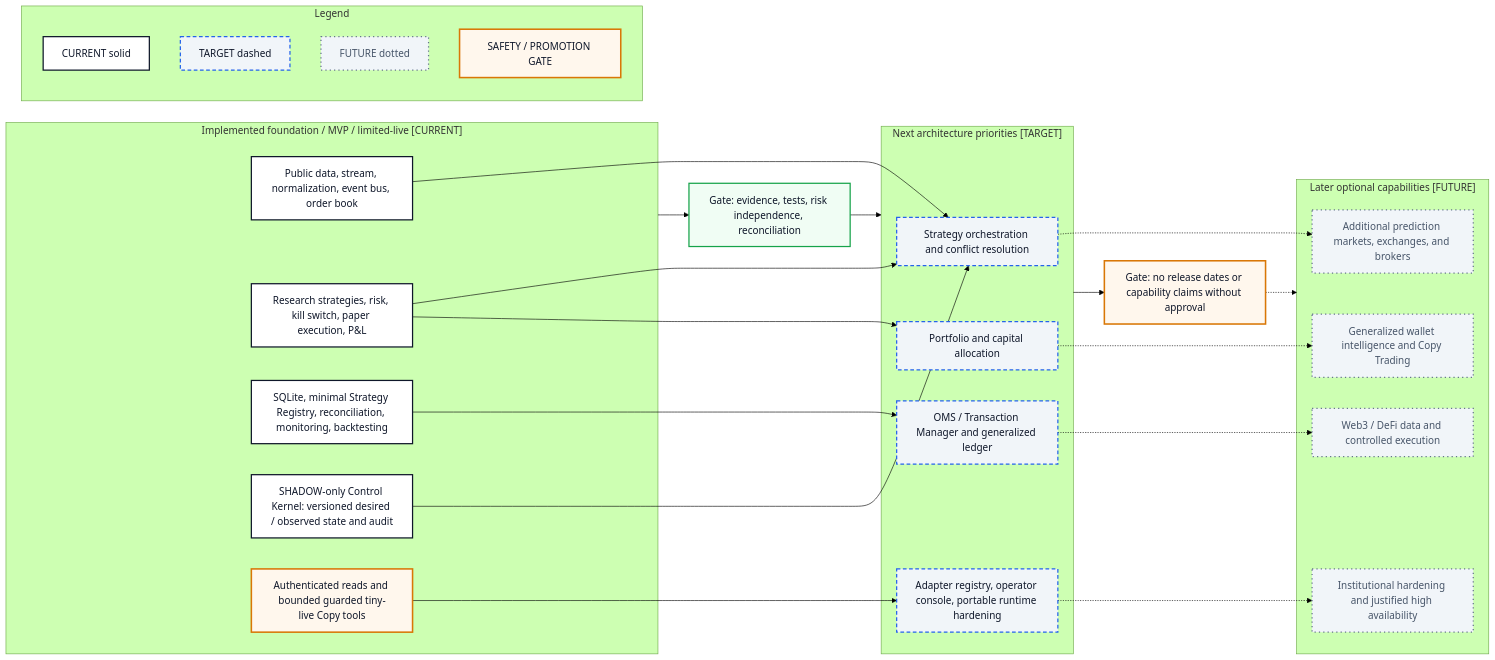
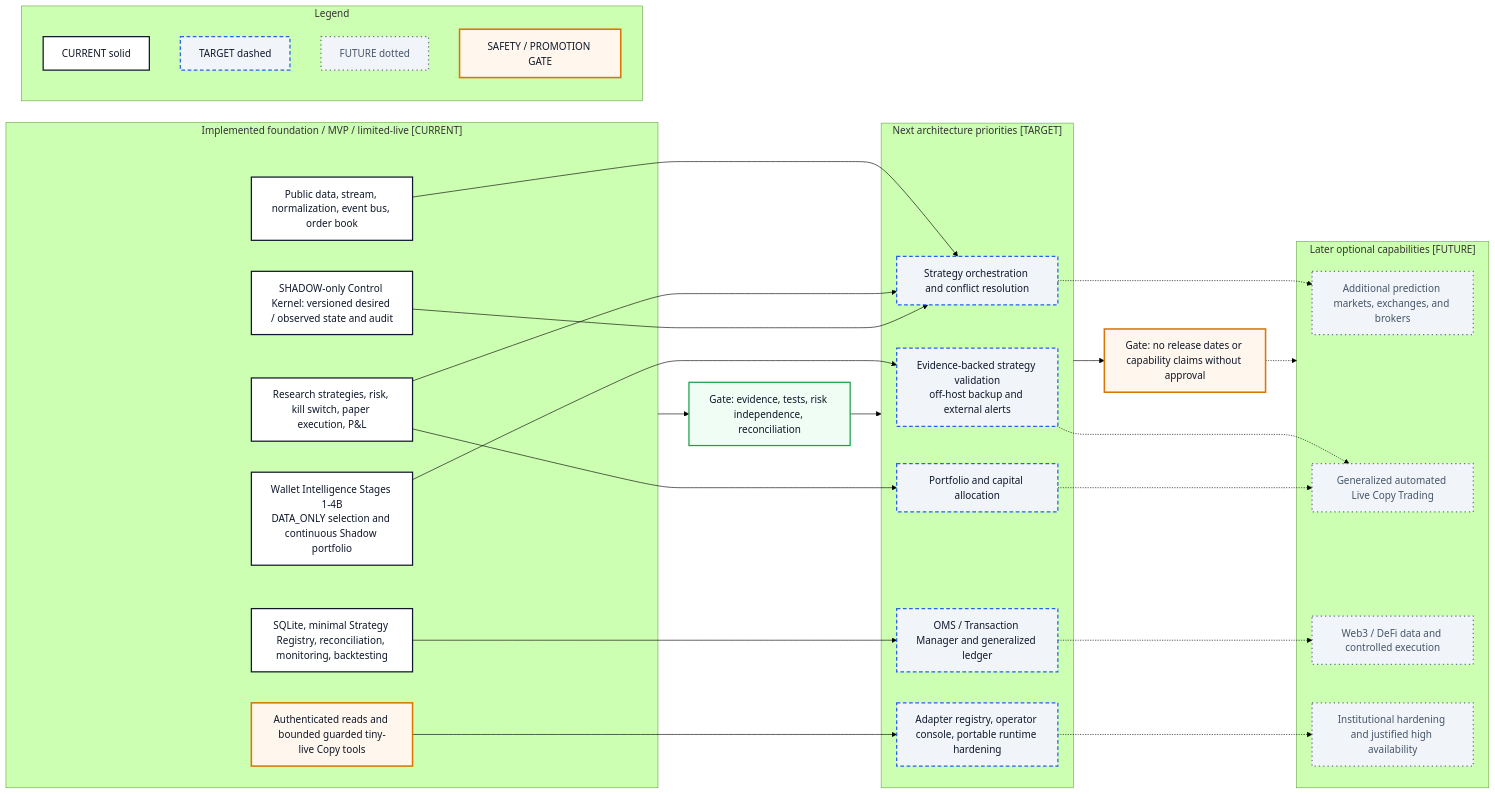
Before and after one commit to PolySia-Systems/Platform: the diagram in docs/04-architecture/visual-system/views/18-capability-roadmap.md, drawn with Mermaid (forest theme). The commit also changed other lines of this file and 36 other files, not shown here.

Commit message:
docs(architecture): align current platform evidence

````diff
--- a/docs/04-architecture/visual-system/views/18-capability-roadmap.md
+++ b/docs/04-architecture/visual-system/views/18-capability-roadmap.md
@@ -14,55 +14,59 @@
 ```mermaid
 flowchart LR
   subgraph NOW["Implemented foundation / MVP / limited-live [CURRENT]"]
     N1["Public data, stream, normalization, event bus, order book"]:::current
     N2["Research strategies, risk, kill switch, paper execution, P&L"]:::current
     N3["SQLite, minimal Strategy Registry, reconciliation, monitoring, backtesting"]:::current
     N4["SHADOW-only Control Kernel: versioned desired / observed state and audit"]:::current
     N5["Authenticated reads and bounded guarded tiny-live Copy tools"]:::risk
+    N6["Wallet Intelligence Stages 1-4B\nDATA_ONLY selection and continuous Shadow portfolio"]:::current
   end
 
   subgraph NEXT["Next architecture priorities [TARGET]"]
+    T0["Evidence-backed strategy validation\noff-host backup and external alerts"]:::target
     T1["Strategy orchestration and conflict resolution"]:::target
     T2["Portfolio and capital allocation"]:::target
     T3["OMS / Transaction Manager and generalized ledger"]:::target
     T4["Adapter registry, operator console, portable runtime hardening"]:::target
   end
 
   subgraph LATER["Later optional capabilities [FUTURE]"]
     F1["Additional prediction markets, exchanges, and brokers"]:::future
-    F2["Generalized wallet intelligence and Copy Trading"]:::future
+    F2["Generalized automated Live Copy Trading"]:::future
     F3["Web3 / DeFi data and controlled execution"]:::future
     F4["Institutional hardening and justified high availability"]:::future
   end
 
   N1 --> T1
   N2 --> T1
   N2 --> T2
   N3 --> T3
   N4 --> T1
   N5 --> T4
+  N6 --> T0
+  T0 -.-> F2
   T1 -.-> F1
   T2 -.-> F2
   T3 -.-> F3
   T4 -.-> F4
 
   Gate1["Gate: evidence, tests, risk independence, reconciliation"]:::safe
   Gate2["Gate: no release dates or capability claims without approval"]:::risk
   NOW --> Gate1
   Gate1 --> NEXT
   NEXT --> Gate2
   Gate2 -.-> LATER
 
   subgraph LEGEND["Legend"]
     L1["CURRENT solid"]:::current
     L2["TARGET dashed"]:::target
     L3["FUTURE dotted"]:::future
     L4["SAFETY / PROMOTION GATE"]:::risk
   end
 
   classDef current fill:#FFFFFF,stroke:#0F172A,stroke-width:2px,color:#0F172A;
   classDef target fill:#F1F5F9,stroke:#2563EB,stroke-width:2px,stroke-dasharray:6 4,color:#0F172A;
   classDef future fill:#F1F5F9,stroke:#64748B,stroke-width:2px,stroke-dasharray:2 5,color:#475569;
   classDef risk fill:#FFF7ED,stroke:#D97706,stroke-width:2.5px,color:#0F172A;
   classDef safe fill:#F0FDF4,stroke:#16A34A,stroke-width:2px,color:#0F172A;
 ```
````
